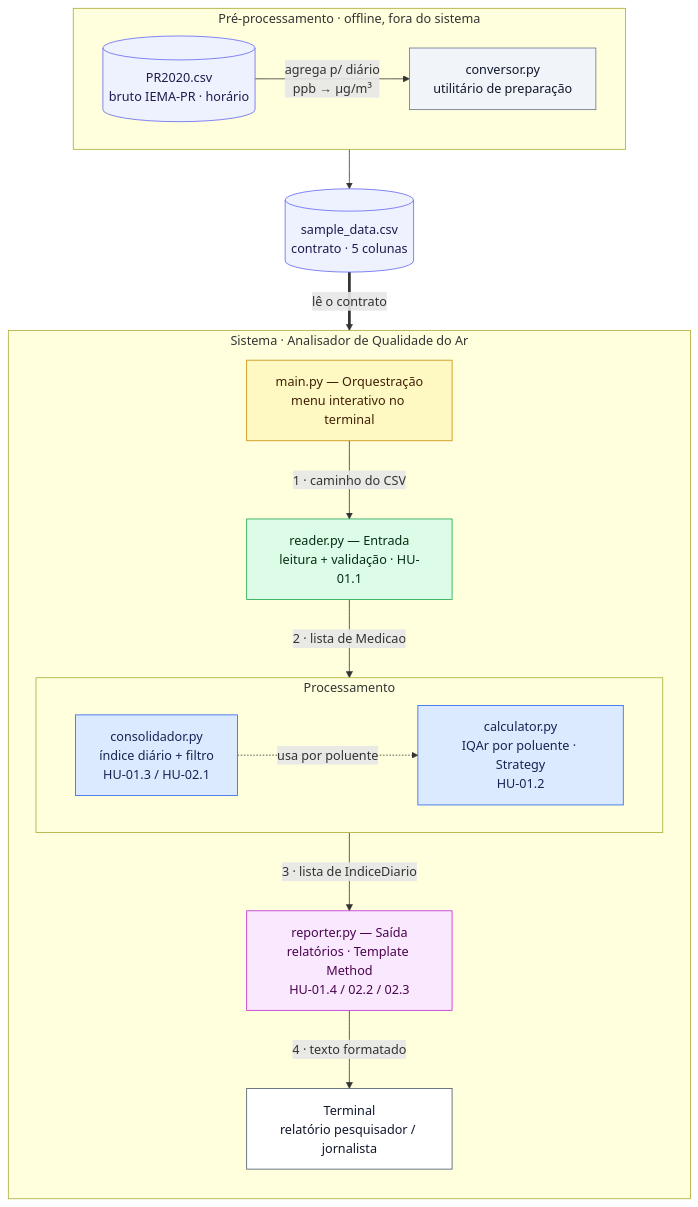
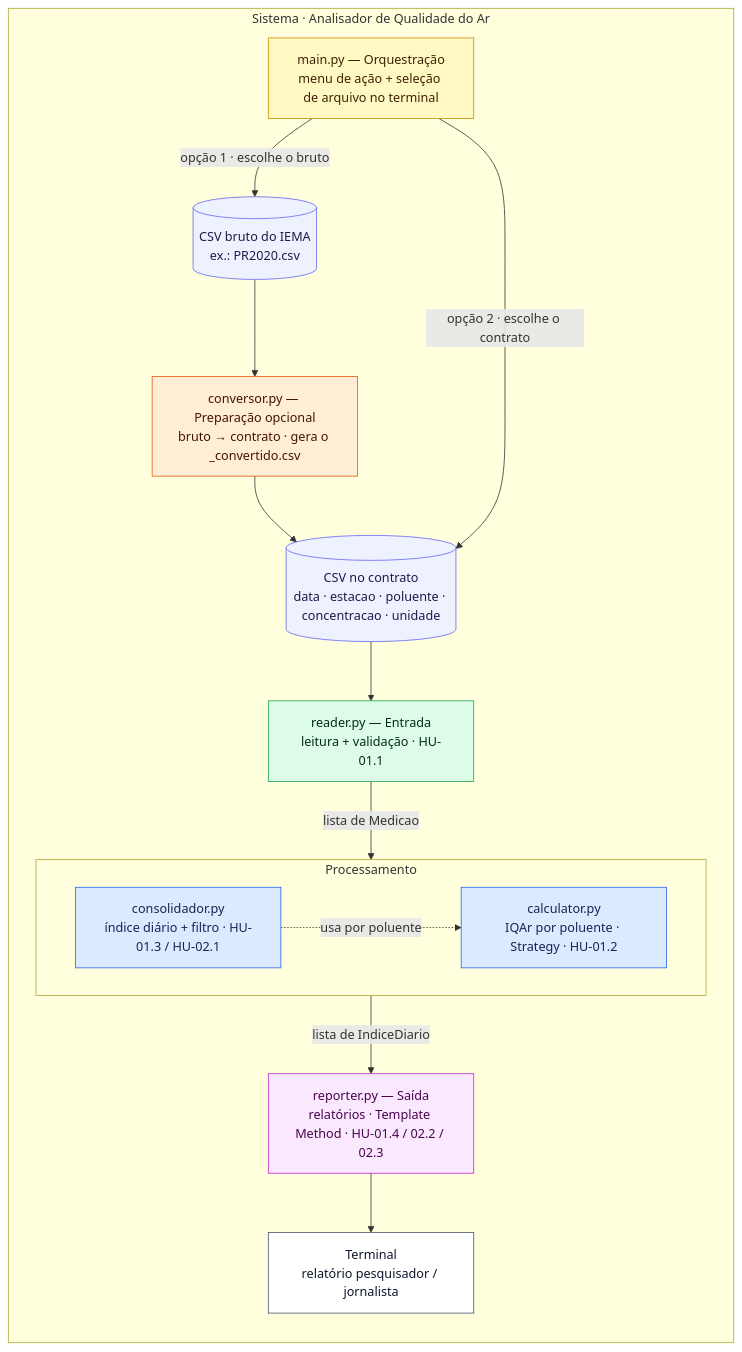
Before and after one commit to ArthurFSPalma/ENCO6A-A3: the first of 4 diagrams in docs/arquitetura.md, drawn with Mermaid. The commit also changed other lines of this file, not shown here.

````diff
--- a/docs/arquitetura.md
+++ b/docs/arquitetura.md
@@ -19,49 +21,44 @@
 ```mermaid
 flowchart TB
-    subgraph PREP["Pré-processamento · offline, fora do sistema"]
-        direction LR
-        RAW[("PR2020.csv<br/>bruto IEMA-PR · horário")]
-        CONV["conversor.py<br/>utilitário de preparação"]
-        RAW -->|"agrega p/ diário<br/>ppb → µg/m³"| CONV
-    end
-
-    CSV[("sample_data.csv<br/>contrato · 5 colunas")]
-    CONV --> CSV
-
     subgraph SYS["Sistema · Analisador de Qualidade do Ar"]
         direction TB
-        MAIN["main.py — Orquestração<br/>menu interativo no terminal"]
+        MAIN["main.py — Orquestração<br/>menu de ação + seleção de arquivo no terminal"]
+        RAW[("CSV bruto do IEMA<br/>ex.: PR2020.csv")]
+        CONV["conversor.py — Preparação opcional<br/>bruto → contrato · gera o _convertido.csv"]
+        CSV[("CSV no contrato<br/>data · estacao · poluente · concentracao · unidade")]
         READER["reader.py — Entrada<br/>leitura + validação · HU-01.1"]
         subgraph PROC["Processamento"]
             direction LR
-            CONS["consolidador.py<br/>índice diário + filtro<br/>HU-01.3 / HU-02.1"]
-            CALC["calculator.py<br/>IQAr por poluente · Strategy<br/>HU-01.2"]
+            CONS["consolidador.py<br/>índice diário + filtro · HU-01.3 / HU-02.1"]
+            CALC["calculator.py<br/>IQAr por poluente · Strategy · HU-01.2"]
         end
-        REP["reporter.py — Saída<br/>relatórios · Template Method<br/>HU-01.4 / 02.2 / 02.3"]
+        REP["reporter.py — Saída<br/>relatórios · Template Method · HU-01.4 / 02.2 / 02.3"]
         TERM["Terminal<br/>relatório pesquisador / jornalista"]
 
-        MAIN -->|"1 · caminho do CSV"| READER
-        READER -->|"2 · lista de Medicao"| CONS
+        MAIN -->|"opção 1 · escolhe o bruto"| RAW
+        RAW --> CONV
+        CONV --> CSV
+        MAIN -->|"opção 2 · escolhe o contrato"| CSV
+        CSV --> READER
+        READER -->|"lista de Medicao"| CONS
         CONS -.->|"usa por poluente"| CALC
-        CONS -->|"3 · lista de IndiceDiario"| REP
-        REP -->|"4 · texto formatado"| TERM
+        CONS -->|"lista de IndiceDiario"| REP
+        REP --> TERM
     end
-
-    CSV ==>|"lê o contrato"| READER
 
     classDef dados fill:#eef2ff,stroke:#6366f1,color:#1e1b4b;
     classDef orq  fill:#fef9c3,stroke:#ca8a04,color:#422006;
+    classDef prep fill:#ffedd5,stroke:#ea580c,color:#431407;
     classDef ent  fill:#dcfce7,stroke:#16a34a,color:#052e16;
     classDef proc fill:#dbeafe,stroke:#2563eb,color:#172554;
     classDef sai  fill:#fae8ff,stroke:#c026d3,color:#4a044e;
-    classDef util fill:#f1f5f9,stroke:#64748b,color:#0f172a;
     classDef term fill:#ffffff,stroke:#475569,color:#0f172a;
 
     class RAW,CSV dados
-    class CONV util
     class MAIN orq
+    class CONV prep
     class READER ent
     class CONS,CALC proc
     class REP sai
     class TERM term
 ```
````
